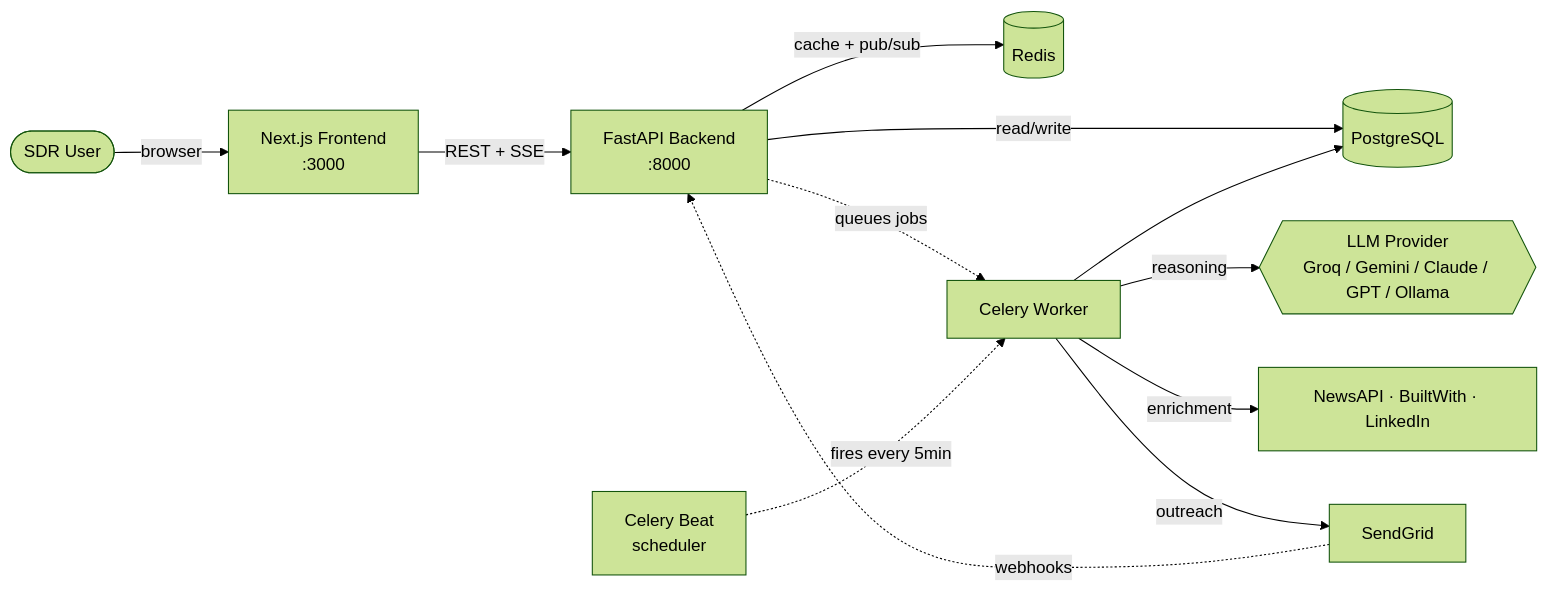
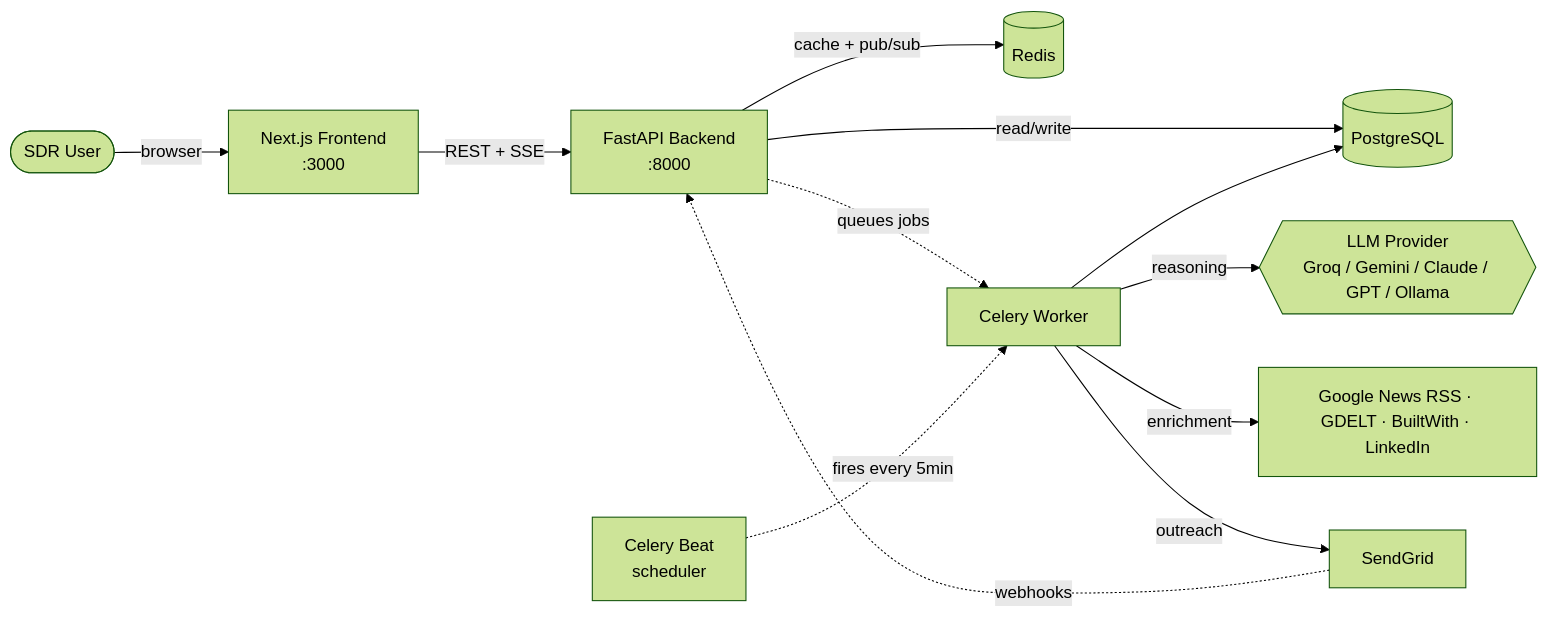
One commit to Prajyant/Capgemini changed the first of 2 diagrams in README.md. Above: the diagram before and after it, drawn with Mermaid (forest theme). The commit also changed other lines of this file and 18 other files, not shown here.

````diff
--- a/README.md
+++ b/README.md
@@ -96,14 +111,14 @@
 ```mermaid
 flowchart LR
     User([SDR User]) -->|browser| FE[Next.js Frontend<br/>:3000]
     FE -->|REST + SSE| BE[FastAPI Backend<br/>:8000]
     BE -->|read/write| DB[(PostgreSQL)]
     BE -->|cache + pub/sub| RD[(Redis)]
     BE -.queues jobs.-> CW[Celery Worker]
     CB[Celery Beat<br/>scheduler] -.fires every 5min.-> CW
     CW -->|reasoning| LLM{{LLM Provider<br/>Groq / Gemini / Claude / GPT / Ollama}}
-    CW -->|enrichment| EXT[NewsAPI · BuiltWith · LinkedIn]
+    CW -->|enrichment| EXT[Google News RSS · GDELT · BuiltWith · LinkedIn]
     CW -->|outreach| SG[SendGrid]
     SG -.webhooks.-> BE
     CW --> DB
 ```
````
